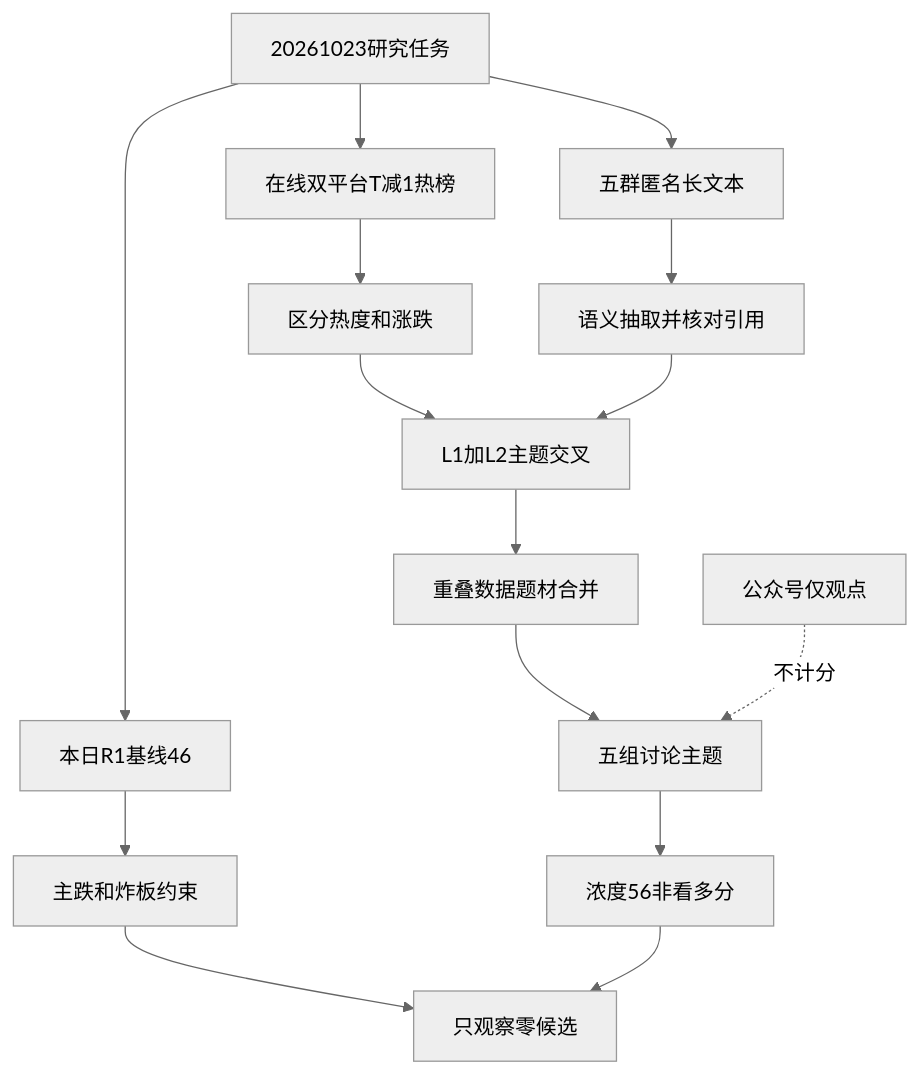
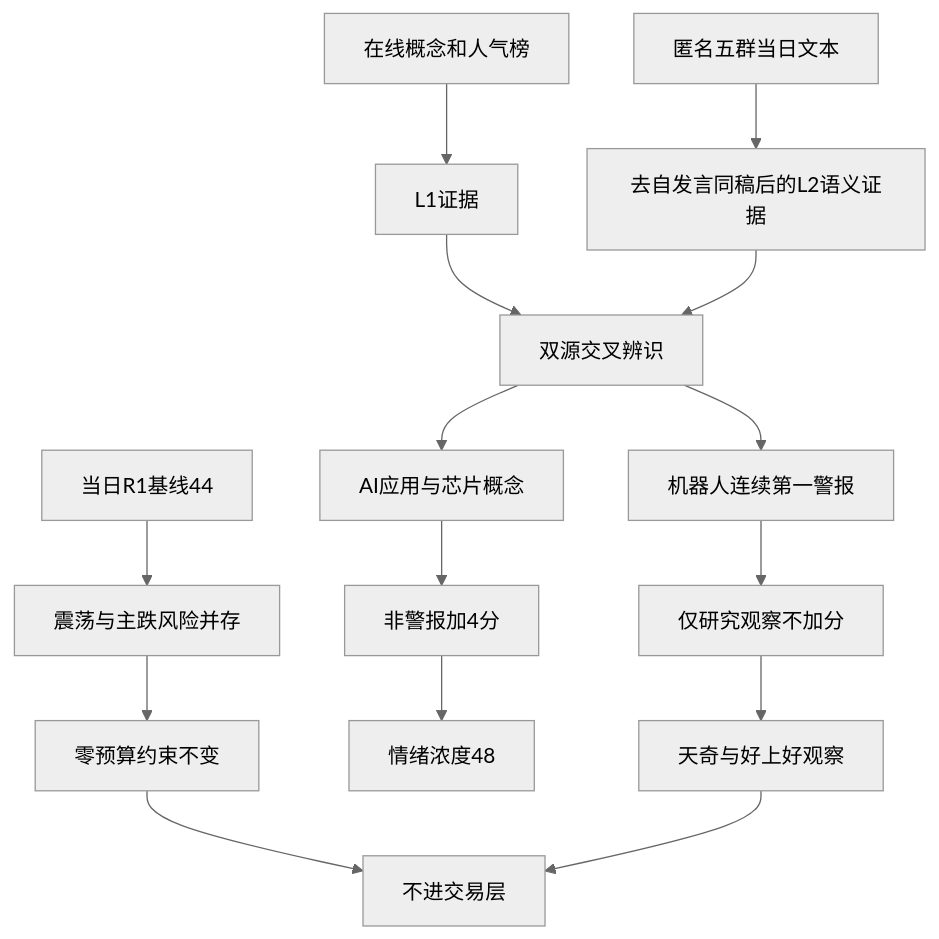
Before and after one commit to chenyang1999/chzl-kg: the diagram in content/投研交易/群聊情绪/20261023.md, drawn with Mermaid (neutral theme). The commit also changed other lines of this file and 493 other files, not shown here.

````diff
--- a/content/投研交易/群聊情绪/20261023.md
+++ b/content/投研交易/群聊情绪/20261023.md
@@ -100,17 +121,17 @@
 ```mermaid
 flowchart TD
-  A[20261023研究任务] --> B[本日R1基线46]
-  A --> C[在线双平台T减1热榜]
-  A --> D[五群匿名长文本]
-  C --> E[区分热度和涨跌]
-  D --> F[语义抽取并核对引用]
-  E --> G[L1加L2主题交叉]
-  F --> G
-  G --> H[重叠数据题材合并]
-  H --> I[五组讨论主题]
-  I --> J[浓度56非看多分]
-  B --> K[主跌和炸板约束]
-  K --> L[只观察零候选]
-  J --> L
-  M[公众号仅观点] -.不计分.-> I
+    A[当日R1基线44] --> B[震荡与主跌风险并存]
+    C[在线概念和人气榜] --> D[L1证据]
+    E[匿名五群当日文本] --> G[去自发言同稿后的L2语义证据]
+    D --> H[双源交叉辨识]
+    G --> H
+    H --> I[AI应用与芯片概念]
+    H --> J[机器人连续第一警报]
+    I --> K[非警报加4分]
+    J --> L[仅研究观察不加分]
+    B --> M[零预算约束不变]
+    K --> N[情绪浓度48]
+    L --> O[天奇与好上好观察]
+    M --> P[不进交易层]
+    O --> P
 ```
````
